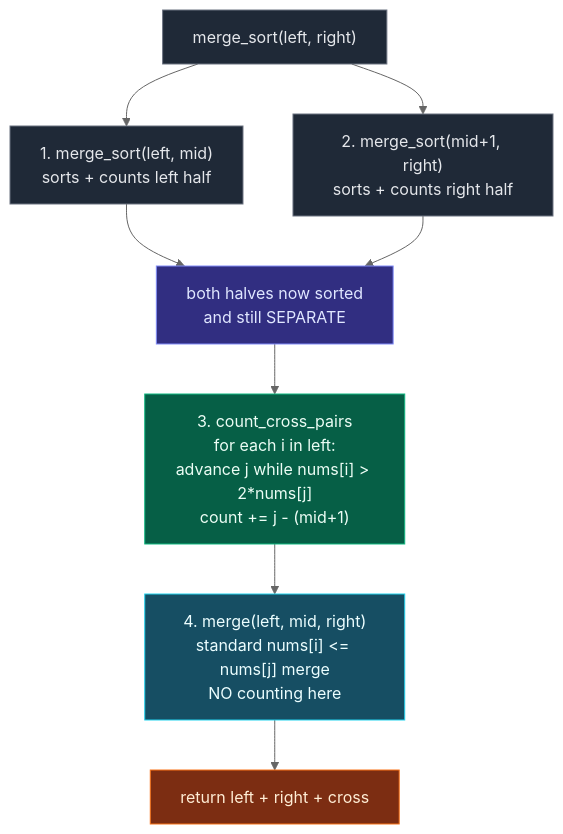
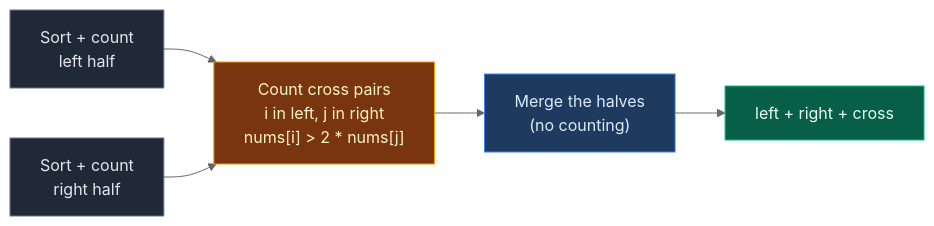
Before and after one commit to ajay-nikumbh/dsa-notes: the diagram in 01. Array/15. Merge Sort Counting/02. 493. Reverse Pairs.md, drawn with Mermaid (neutral theme). The commit also changed other lines of this file and 85 other files, not shown here.

````diff
--- a/01. Array/15. Merge Sort Counting/02. 493. Reverse Pairs.md
+++ b/01. Array/15. Merge Sort Counting/02. 493. Reverse Pairs.md
@@ -50,17 +91,12 @@
 ```mermaid
-flowchart TD
-    A["merge_sort(left, right)"]:::edge
-    A --> B["1. merge_sort(left, mid)<br/>sorts + counts left half"]:::edge
-    A --> C["2. merge_sort(mid+1, right)<br/>sorts + counts right half"]:::edge
-    B --> D["both halves now sorted<br/>and still SEPARATE"]:::note
-    C --> D
-    D --> E["3. count_cross_pairs<br/>for each i in left:<br/>advance j while nums[i] &gt; 2*nums[j]<br/>count += j - (mid+1)"]:::calc
-    E --> F["4. merge(left, mid, right)<br/>standard nums[i] &lt;= nums[j] merge<br/>NO counting here"]:::merge
-    F --> G["return left + right + cross"]:::total
+flowchart LR
+    A["Sort + count<br/>left half"]:::a --> C["Count cross pairs<br/>i in left, j in right<br/>nums[i] > 2 * nums[j]"]:::c
+    B["Sort + count<br/>right half"]:::a --> C
+    C --> D["Merge the halves<br/>(no counting)"]:::b
+    D --> E["left + right + cross"]:::d
 
-    classDef edge fill:#1f2937,stroke:#6b7280,color:#e5e7eb
-    classDef note fill:#312e81,stroke:#818cf8,color:#e0e7ff
-    classDef calc fill:#065f46,stroke:#10b981,color:#ecfdf5
-    classDef merge fill:#164e63,stroke:#22d3ee,color:#ecfeff
-    classDef total fill:#7c2d12,stroke:#f97316,color:#ffedd5
+    classDef a fill:#1f2937,stroke:#6b7280,color:#e5e7eb
+    classDef b fill:#1e3a5f,stroke:#3b82f6,color:#dbeafe
+    classDef c fill:#78350f,stroke:#f59e0b,color:#fef3c7
+    classDef d fill:#065f46,stroke:#10b981,color:#ecfdf5
 ```
````
